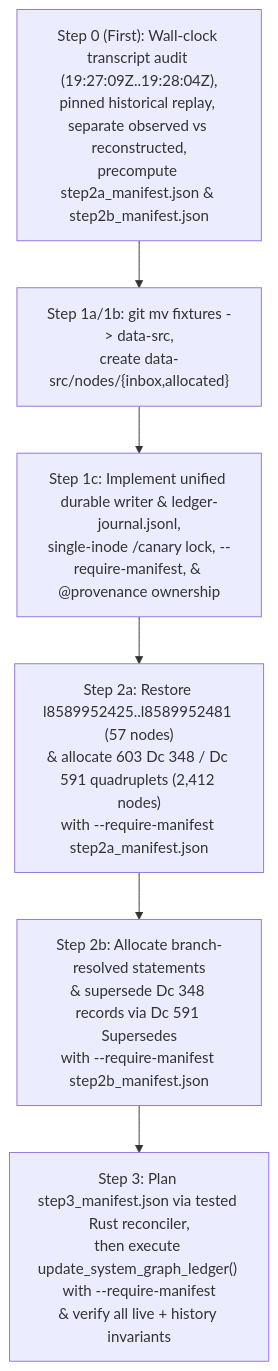
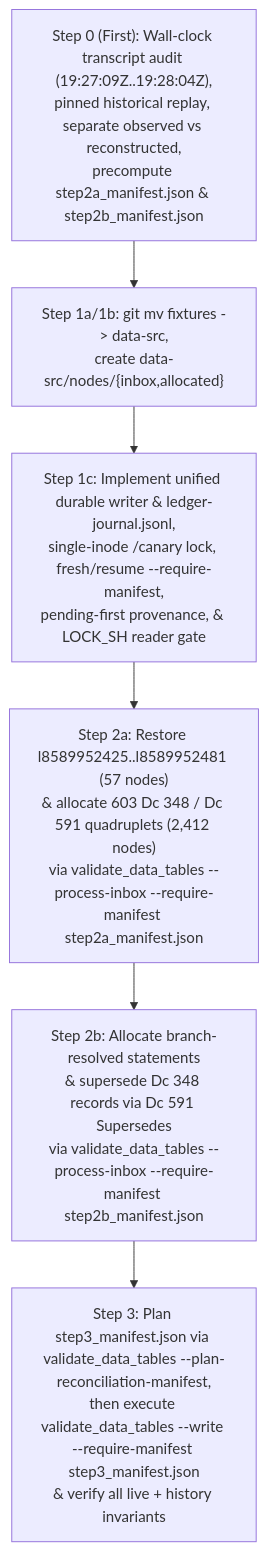
One commit to collectivetoolbox/collectivetoolbox changed the diagram in docs/chats/2026-10-31-duplicate-node-recovery.md. Above: the diagram before and after it, drawn with Mermaid. The commit also changed other lines of this file, not shown here.

````diff
--- a/docs/chats/2026-10-31-duplicate-node-recovery.md
+++ b/docs/chats/2026-10-31-duplicate-node-recovery.md
@@ -114,8 +114,8 @@
 ```mermaid
 flowchart TD
     S0["Step 0 (First): Wall-clock transcript audit (19:27:09Z..19:28:04Z),\npinned historical replay, separate observed vs reconstructed,\nprecompute step2a_manifest.json & step2b_manifest.json"] --> S1A["Step 1a/1b: git mv fixtures -> data-src,\ncreate data-src/nodes/{inbox,allocated}"]
-    S1A --> S1C["Step 1c: Implement unified durable writer & ledger-journal.jsonl,\nsingle-inode /canary lock, --require-manifest, & @provenance ownership"]
-    S1C --> S2A["Step 2a: Restore l8589952425..l8589952481 (57 nodes)\n& allocate 603 Dc 348 / Dc 591 quadruplets (2,412 nodes)\nwith --require-manifest step2a_manifest.json"]
-    S2A --> S2B["Step 2b: Allocate branch-resolved statements\n& supersede Dc 348 records via Dc 591 Supersedes\nwith --require-manifest step2b_manifest.json"]
-    S2B --> S3["Step 3: Plan step3_manifest.json via tested Rust reconciler,\nthen execute update_system_graph_ledger() with --require-manifest\n& verify all live + history invariants"]
+    S1A --> S1C["Step 1c: Implement unified durable writer & ledger-journal.jsonl,\nsingle-inode /canary lock, fresh/resume --require-manifest,\npending-first provenance, & LOCK_SH reader gate"]
+    S1C --> S2A["Step 2a: Restore l8589952425..l8589952481 (57 nodes)\n& allocate 603 Dc 348 / Dc 591 quadruplets (2,412 nodes)\nvia validate_data_tables --process-inbox --require-manifest step2a_manifest.json"]
+    S2A --> S2B["Step 2b: Allocate branch-resolved statements\n& supersede Dc 348 records via Dc 591 Supersedes\nvia validate_data_tables --process-inbox --require-manifest step2b_manifest.json"]
+    S2B --> S3["Step 3: Plan step3_manifest.json via validate_data_tables --plan-reconciliation-manifest,\nthen execute validate_data_tables --write --require-manifest step3_manifest.json\n& verify all live + history invariants"]
 ```
````
